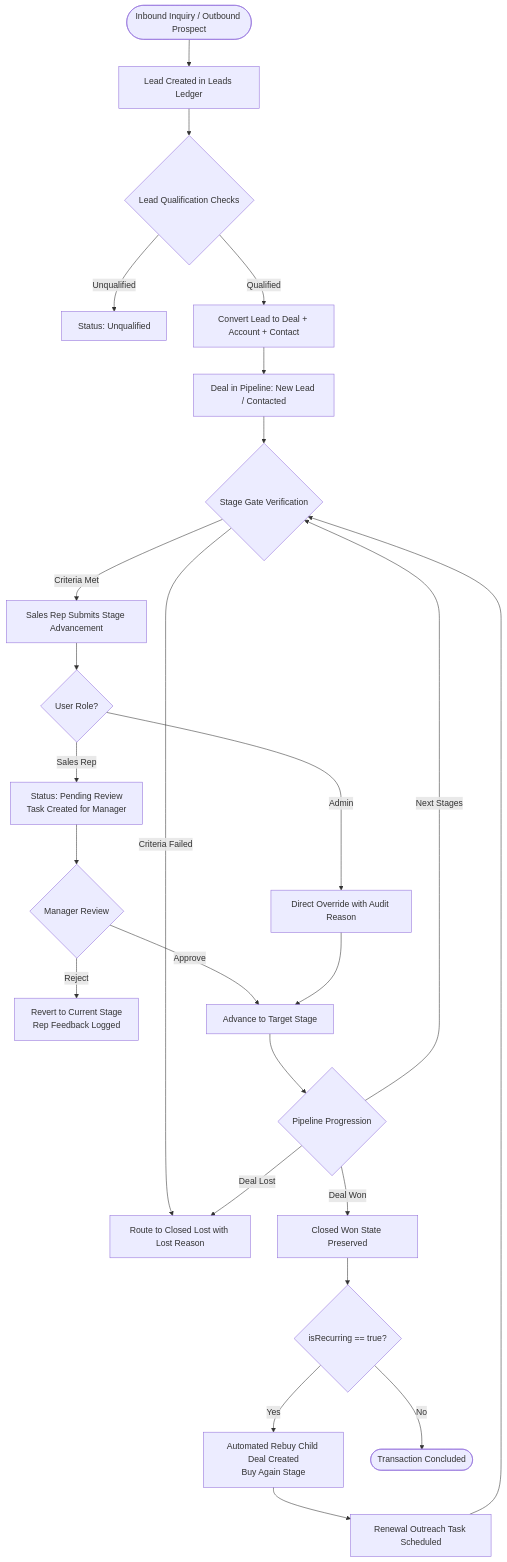
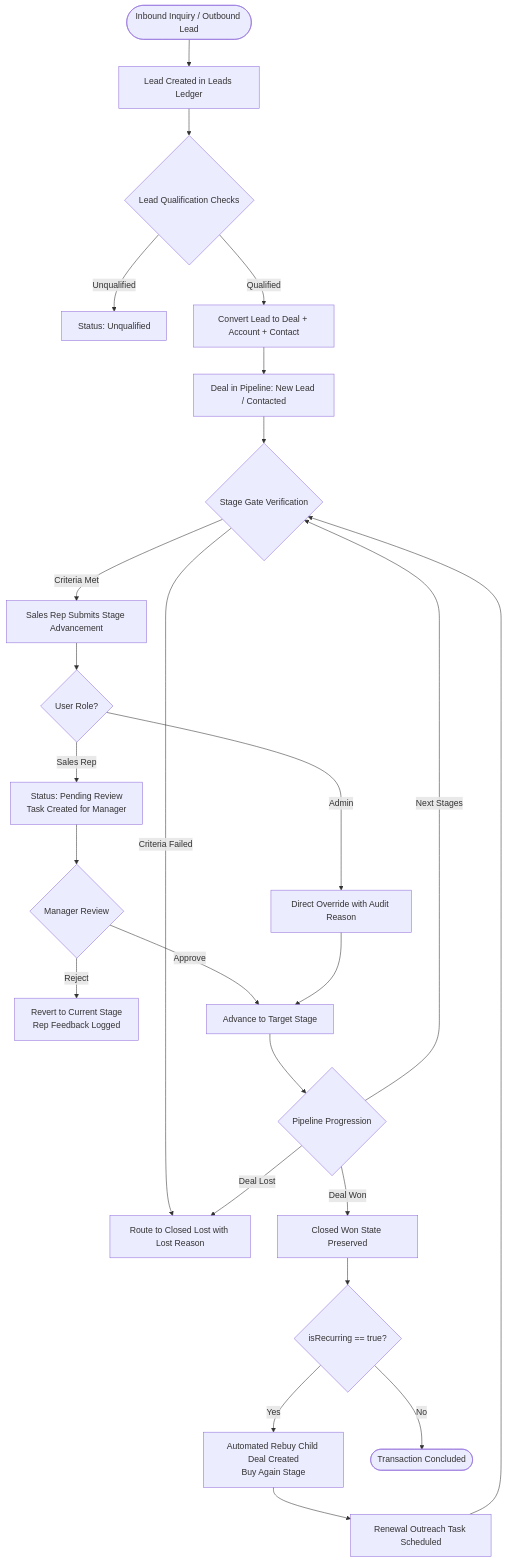
One commit to DevSolanki13/CRM-Demo changed the first of 9 diagrams in flow.md. Above: the diagram before and after it, drawn with Mermaid. The commit also changed other lines of this file and 7 other files, not shown here.

Commit message:
docs: update project documentation to reflect current architecture, features, and test suites

````diff
--- a/flow.md
+++ b/flow.md
@@ -23,34 +21,34 @@
 ```mermaid
 flowchart TD
-    A([Inbound Inquiry / Outbound Prospect]) --> B[Lead Created in Leads Ledger]
+    A([Inbound Inquiry / Outbound Lead]) --> B[Lead Created in Leads Ledger]
     B --> C{Lead Qualification Checks}
     C -- Unqualified --> D[Status: Unqualified]
     C -- Qualified --> E[Convert Lead to Deal + Account + Contact]
     
     E --> F[Deal in Pipeline: New Lead / Contacted]
     F --> G{Stage Gate Verification}
     
     G -- Criteria Met --> H[Sales Rep Submits Stage Advancement]
     G -- Criteria Failed --> I[Route to Closed Lost with Lost Reason]
     
     H --> J{User Role?}
     J -- Sales Rep --> K[Status: Pending Review<br>Task Created for Manager]
     J -- Admin --> L[Direct Override with Audit Reason]
     
     K --> M{Manager Review}
     M -- Reject --> N[Revert to Current Stage<br>Rep Feedback Logged]
     M -- Approve --> O[Advance to Target Stage]
     L --> O
     
     O --> P{Pipeline Progression}
     P -- Next Stages --> G
     P -- Deal Lost --> I
     P -- Deal Won --> Q[Closed Won State Preserved]
     
     Q --> R{isRecurring == true?}
     R -- Yes --> S[Automated Rebuy Child Deal Created<br>Buy Again Stage]
     R -- No --> T([Transaction Concluded])
     
     S --> U[Renewal Outreach Task Scheduled]
     U --> G
 ```
````
